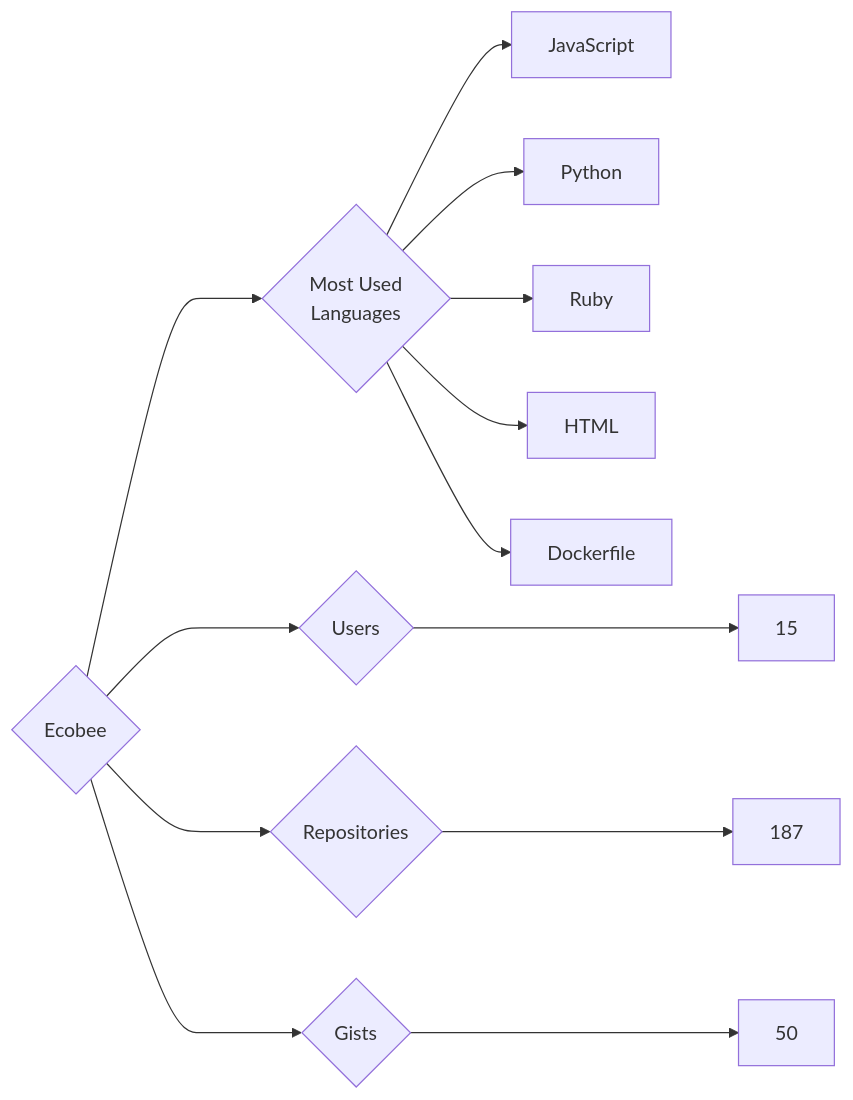
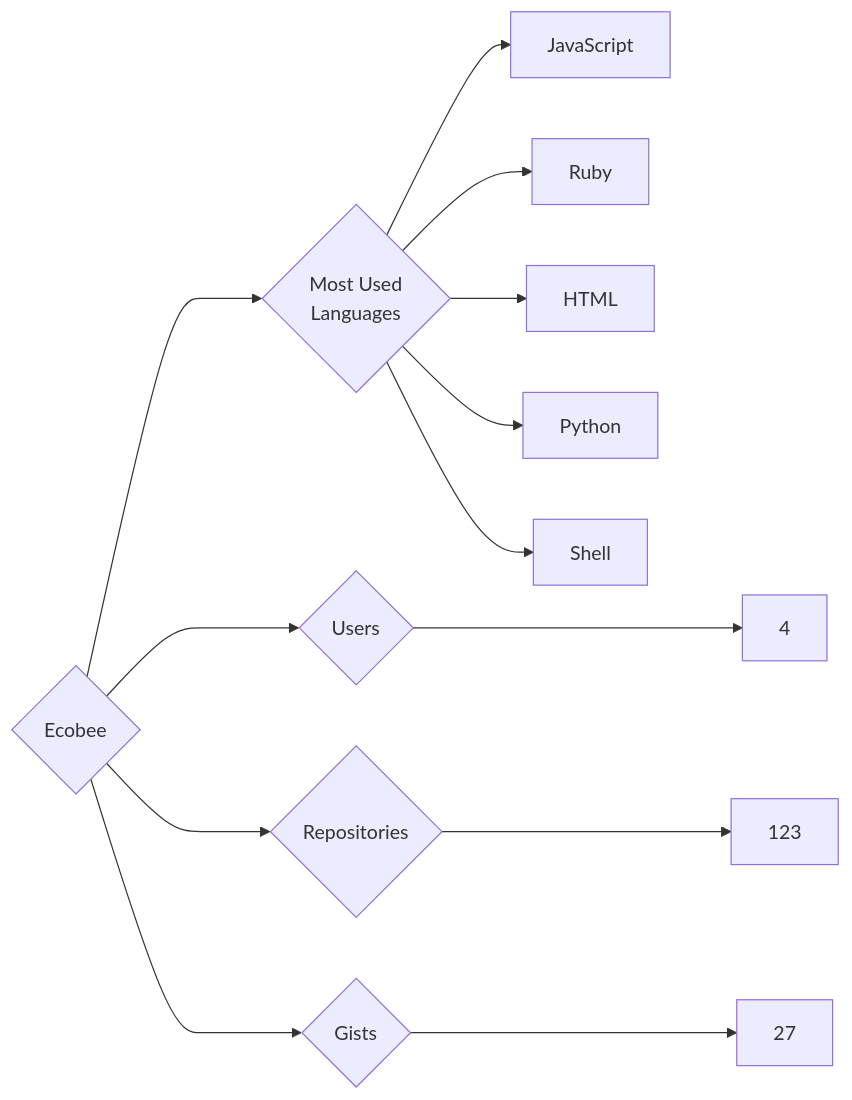
Before and after one commit to trickest/insiders: the diagram in targets/Ecobee/README.md, drawn with Mermaid. The commit also changed 736 other files, not shown here.

````diff
--- a/targets/Ecobee/README.md
+++ b/targets/Ecobee/README.md
@@ -3,13 +3,13 @@
 ```mermaid
 graph LR
 COMPANY_NAME{Ecobee}
-COMPANY_NAME ---> U{Users} ---> UN[15]
-COMPANY_NAME ---> R{Repositories} ---> RN[187]
-COMPANY_NAME ---> G{Gists} ---> GN[50]
+COMPANY_NAME ---> U{Users} ---> UN[4]
+COMPANY_NAME ---> R{Repositories} ---> RN[123]
+COMPANY_NAME ---> G{Gists} ---> GN[27]
 COMPANY_NAME ---> ML{Most Used<br>Languages}
 ML --> JavaScript[JavaScript]
-ML --> Python[Python]
 ML --> Ruby[Ruby]
 ML --> HTML[HTML]
-ML --> Dockerfile[Dockerfile]
+ML --> Python[Python]
+ML --> Shell[Shell]
 ```
````
